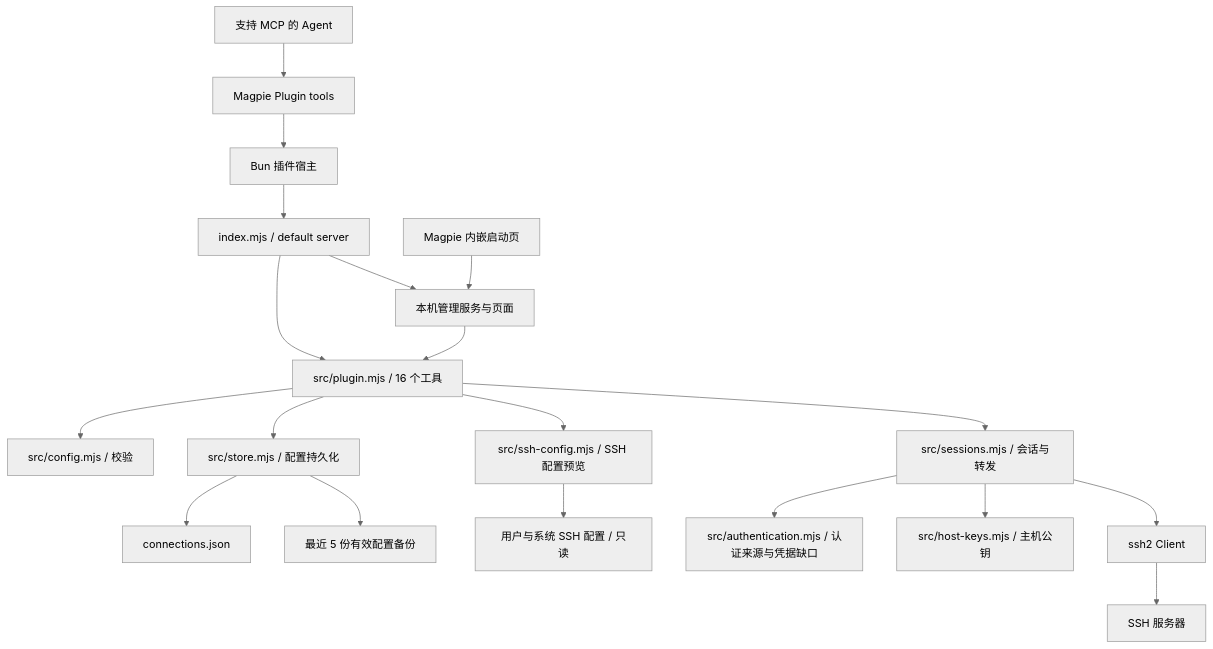
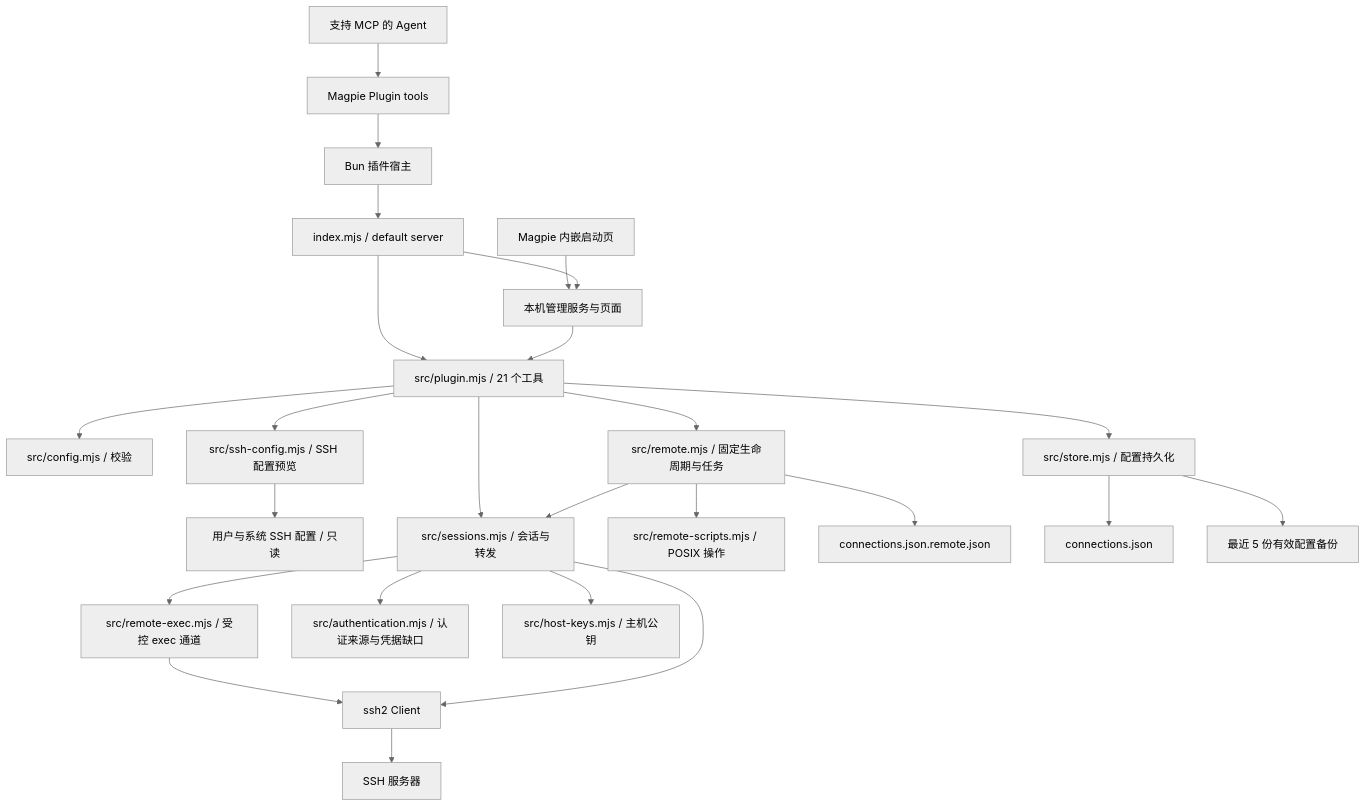
One commit to zhaoyi2018/magpie-remote changed the first of 4 diagrams in docs/architecture.md. Above: the diagram before and after it, drawn with Mermaid (neutral theme). The commit also changed other lines of this file and 25 other files, not shown here.

````diff
--- a/docs/architecture.md
+++ b/docs/architecture.md
@@ -5,21 +5,27 @@
 ```mermaid
 flowchart TD
   Agent[支持 MCP 的 Agent] --> Gateway[Magpie Plugin tools]
   Gateway --> Host[Bun 插件宿主]
   Host --> Entry[index.mjs / default server]
-  Entry --> Tools[src/plugin.mjs / 16 个工具]
+  Entry --> Tools[src/plugin.mjs / 21 个工具]
   Page[Magpie 内嵌启动页] --> UI[本机管理服务与页面]
   Entry --> UI
   UI --> Tools
   Tools --> Config[src/config.mjs / 校验]
   Tools --> Store[src/store.mjs / 配置持久化]
   Tools --> Import[src/ssh-config.mjs / SSH 配置预览]
   Import --> Source[用户与系统 SSH 配置 / 只读]
   Tools --> Sessions[src/sessions.mjs / 会话与转发]
+  Tools --> Remote[src/remote.mjs / 固定生命周期与任务]
+  Remote --> Scripts[src/remote-scripts.mjs / POSIX 操作]
+  Remote --> RemoteState[connections.json.remote.json]
+  Remote --> Sessions
+  Sessions --> Exec[src/remote-exec.mjs / 受控 exec 通道]
+  Exec --> SSH
   Sessions --> Authentication[src/authentication.mjs / 认证来源与凭据缺口]
   Sessions --> Trust[src/host-keys.mjs / 主机公钥]
   Sessions --> SSH[ssh2 Client]
   SSH --> Server[SSH 服务器]
   Store --> File[connections.json]
   Store --> Backups[最近 5 份有效配置备份]
 ```
````
